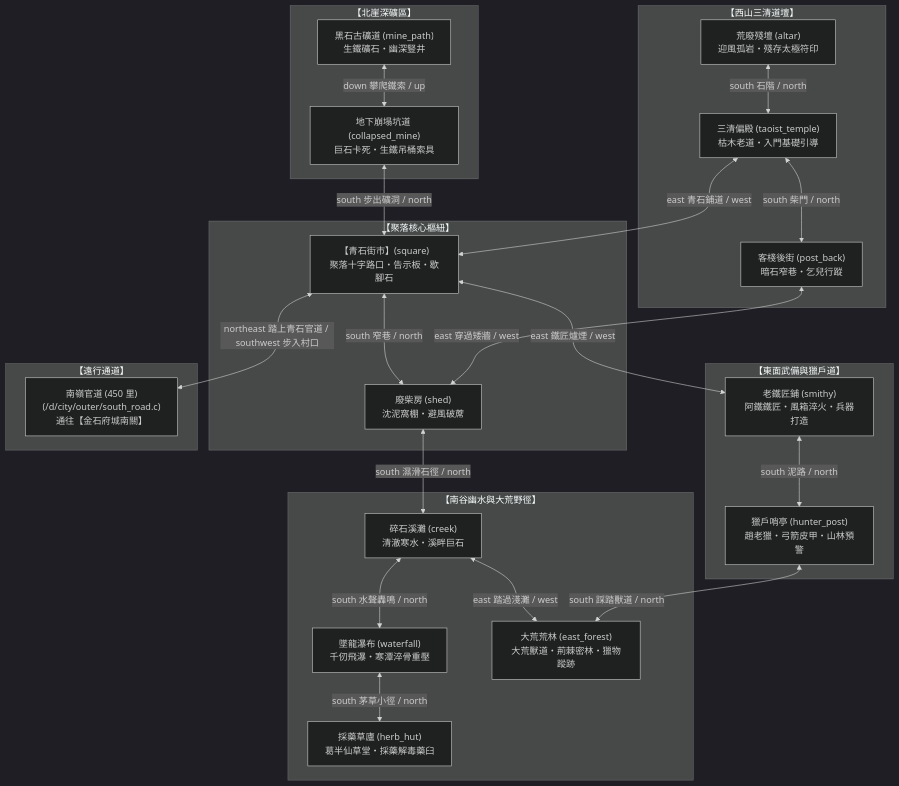
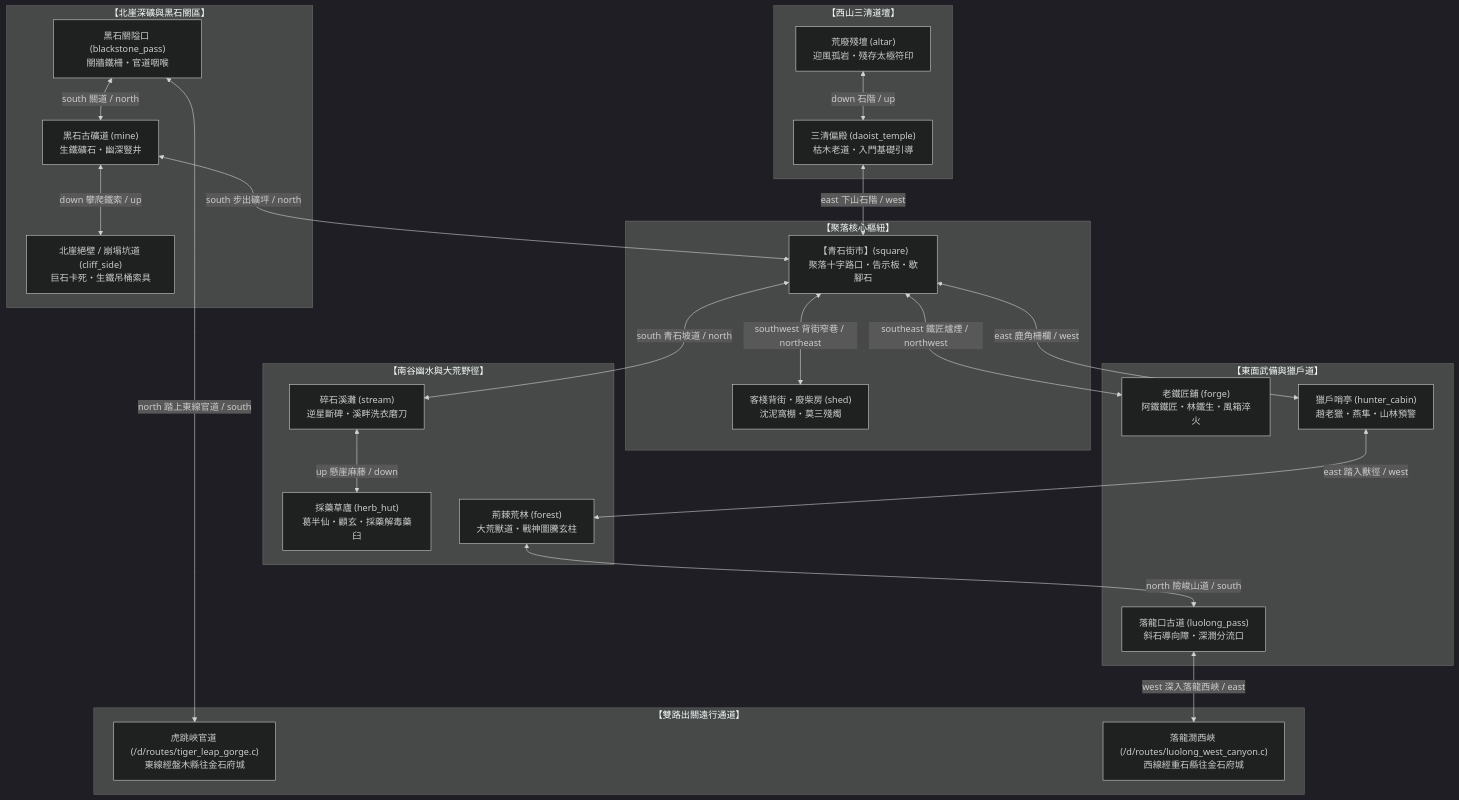
Before and after one commit to wade-fs/mudscript: the diagram in forgotten-space/narrative/docs/maps/village_map.md, drawn with Mermaid (dark theme). The commit also changed other lines of this file and 24 other files, not shown here.

````diff
--- a/forgotten-space/narrative/docs/maps/village_map.md
+++ b/forgotten-space/narrative/docs/maps/village_map.md
@@ -41,54 +41,54 @@
 ```mermaid
 flowchart TD
-    subgraph NorthMineSub["【北崖深礦區】"]
-        MINE_PATH["黑石古礦道 (mine_path)<br>生鐵礦石・幽深豎井"]
-        COLLAPSED_MINE["地下崩塌坑道 (collapsed_mine)<br>巨石卡死・生鐵吊桶索具"]
-        MINE_PATH <-->|down 攀爬鐵索 / up| COLLAPSED_MINE
+    subgraph NorthMineSub["【北崖深礦與黑石關區】"]
+        BLACKSTONE_PASS["黑石關隘口 (blackstone_pass)<br>關牆鐵柵・官道咽喉"]
+        MINE["黑石古礦道 (mine)<br>生鐵礦石・幽深豎井"]
+        CLIFF_SIDE["北崖絕壁 / 崩塌坑道 (cliff_side)<br>巨石卡死・生鐵吊桶索具"]
+        BLACKSTONE_PASS <-->|south 關道 / north| MINE
+        MINE <-->|down 攀爬鐵索 / up| CLIFF_SIDE
     end
 
     subgraph WestTaoistSub["【西山三清道壇】"]
         ALTAR["荒廢殘壇 (altar)<br>迎風孤岩・殘存太極符印"]
-        TAOIST_TEMPLE["三清偏殿 (taoist_temple)<br>枯木老道・入門基礎引導"]
-        POST_BACK["客棧後街 (post_back)<br>暗石窄巷・乞兒行蹤"]
-        ALTAR <-->|south 石階 / north| TAOIST_TEMPLE
-        TAOIST_TEMPLE <-->|south 柴門 / north| POST_BACK
+        DAOIST_TEMPLE["三清偏殿 (daoist_temple)<br>枯木老道・入門基礎引導"]
+        ALTAR <-->|down 石階 / up| DAOIST_TEMPLE
     end
 
     subgraph CenterPlazaSub["【聚落核心樞紐】"]
         VILLAGE_SQUARE["【青石街市】(square)<br>聚落十字路口・告示板・歇腳石"]
-        SHED["廢柴房 (shed)<br>沈泥窩棚・避風破蓆"]
-        VILLAGE_SQUARE <-->|south 窄巷 / north| SHED
+        SHED["客棧背街・廢柴房 (shed)<br>沈泥窩棚・莫三殘燭"]
+        VILLAGE_SQUARE <-->|southwest 背街窄巷 / northeast| SHED
     end
 
     subgraph EastSmithySub["【東面武備與獵戶道】"]
-        SMITHY["老鐵匠鋪 (smithy)<br>阿鐵鐵匠・風箱淬火・兵器打造"]
-        HUNTER_POST["獵戶哨亭 (hunter_post)<br>趙老獵・弓箭皮甲・山林預警"]
-        SMITHY <-->|south 泥路 / north| HUNTER_POST
+        FORGE["老鐵匠鋪 (forge)<br>阿鐵鐵匠・林鐵生・風箱淬火"]
+        HUNTER_CABIN["獵戶哨亭 (hunter_cabin)<br>趙老獵・燕隼・山林預警"]
+        LUOLONG_PASS["落龍口古道 (luolong_pass)<br>斜石導向障・深澗分流口"]
     end
 
     subgraph SouthWildSub["【南谷幽水與大荒野徑】"]
-        CREEK["碎石溪灘 (creek)<br>清澈寒水・溪畔巨石"]
-        WATERFALL["墜龍瀑布 (waterfall)<br>千仞飛瀑・寒潭淬骨重壓"]
-        HERB_HUT["採藥草廬 (herb_hut)<br>葛半仙草堂・採藥解毒藥臼"]
-        EAST_FOREST["大荒荒林 (east_forest)<br>大荒獸道・荊棘密林・獵物蹤跡"]
+        STREAM["碎石溪灘 (stream)<br>逆星斷碑・溪畔洗衣磨刀"]
+        HERB_HUT["採藥草廬 (herb_hut)<br>葛半仙・顧玄・採藥解毒藥臼"]
+        FOREST["荊棘荒林 (forest)<br>大荒獸道・戰神圖騰玄柱"]
 
-        SHED <-->|south 濕滑石徑 / north| CREEK
-        CREEK <-->|south 水聲轟鳴 / north| WATERFALL
-        WATERFALL <-->|south 茅草小徑 / north| HERB_HUT
-        CREEK <-->|east 踏過淺灘 / west| EAST_FOREST
-        HUNTER_POST <-->|south 踩踏獸道 / north| EAST_FOREST
+        STREAM <-->|up 懸崖麻藤 / down| HERB_HUT
     end
 
-    subgraph NorthRoadOut["【遠行通道】"]
-        ROAD_TO_CITY["南嶺官道 (450 里)<br>(/d/city/outer/south_road.c)<br>通往【金石府城南關】"]
+    subgraph OutboundRoutes["【雙路出關遠行通道】"]
+        TIGER_LEAP["虎跳峽官道 (/d/routes/tiger_leap_gorge.c)<br>東線經盤木縣往金石府城"]
+        LUOLONG_WEST["落龍澗西峽 (/d/routes/luolong_west_canyon.c)<br>西線經重石縣往金石府城"]
     end
 
-    %% 橫向主街連通線
-    COLLAPSED_MINE <-->|south 步出礦洞 / north| VILLAGE_SQUARE
-    TAOIST_TEMPLE <-->|east 青石鋪道 / west| VILLAGE_SQUARE
-    VILLAGE_SQUARE <-->|east 鐵匠爐煙 / west| SMITHY
-    POST_BACK <-->|east 穿過矮牆 / west| SHED
+    %% 橫向與縱向主街連通線
+    MINE <-->|south 步出礦坪 / north| VILLAGE_SQUARE
+    DAOIST_TEMPLE <-->|east 下山石階 / west| VILLAGE_SQUARE
+    VILLAGE_SQUARE <-->|southeast 鐵匠爐煙 / northwest| FORGE
+    VILLAGE_SQUARE <-->|east 鹿角柵欄 / west| HUNTER_CABIN
+    VILLAGE_SQUARE <-->|south 青石坡道 / north| STREAM
+    HUNTER_CABIN <-->|east 踏入獸徑 / west| FOREST
+    FOREST <-->|north 險峻山道 / south| LUOLONG_PASS
 
-    %% 對外出村官道
-    VILLAGE_SQUARE <-->|northeast 踏上青石官道 / southwest 步入村口| ROAD_TO_CITY
+    %% 雙路出村通道
+    BLACKSTONE_PASS <-->|north 踏上東線官道 / south| TIGER_LEAP
+    LUOLONG_PASS <-->|west 深入落龍西峽 / east| LUOLONG_WEST
 ```
````
